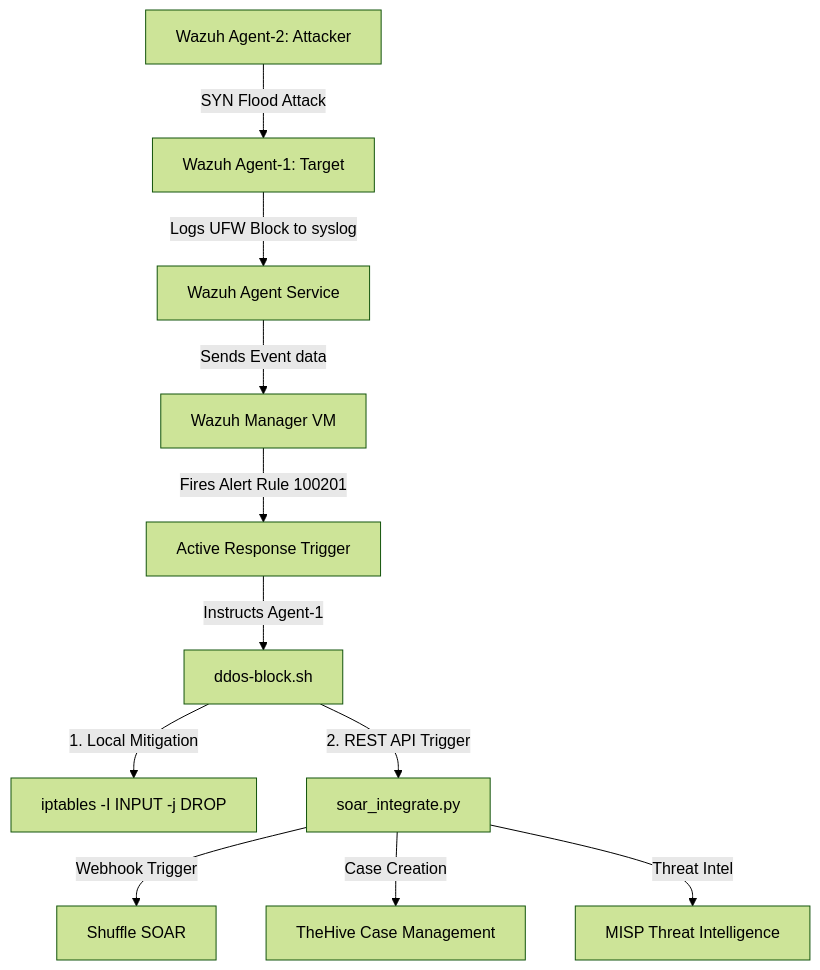
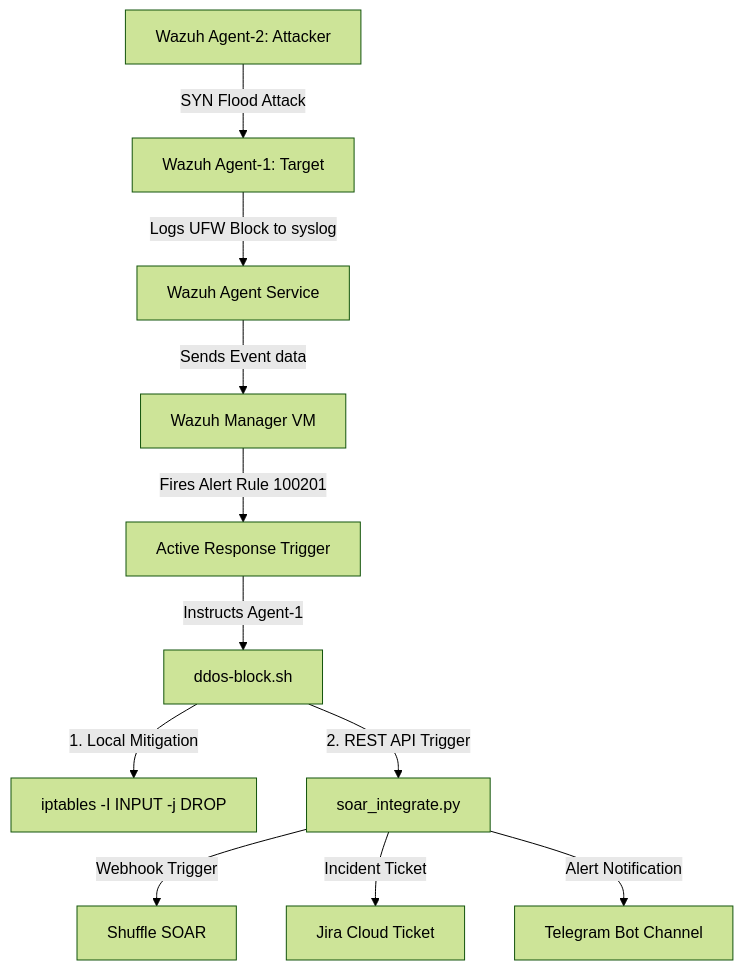
One commit to aryarefman/soc-soar changed the diagram in README.md. Above: the diagram before and after it, drawn with Mermaid (forest theme). The commit also changed other lines of this file and 4 other files, not shown here.

Commit message:
Update SOAR integration to Shuffle, Jira, and Telegram, and add firewall-drop.sh active response

````diff
--- a/README.md
+++ b/README.md
@@ -13,13 +13,13 @@
 ```mermaid
 graph TD
     Attacker[Wazuh Agent-2: Attacker] -- SYN Flood Attack --> Target[Wazuh Agent-1: Target]
     Target -- Logs UFW Block to syslog --> WazuhAgent[Wazuh Agent Service]
     WazuhAgent -- Sends Event data --> WazuhManager[Wazuh Manager VM]
     WazuhManager -- Fires Alert Rule 100201 --> ActiveResponse[Active Response Trigger]
     ActiveResponse -- Instructs Agent-1 --> BlockScript[ddos-block.sh]
     BlockScript -- 1. Local Mitigation --> LocalBlock[iptables -I INPUT -j DROP]
     BlockScript -- 2. REST API Trigger --> SOAR[soar_integrate.py]
     SOAR -- Webhook Trigger --> Shuffle[Shuffle SOAR]
-    SOAR -- Case Creation --> TheHive[TheHive Case Management]
-    SOAR -- Threat Intel --> MISP[MISP Threat Intelligence]
+    SOAR -- Incident Ticket --> Jira[Jira Cloud Ticket]
+    SOAR -- Alert Notification --> Telegram[Telegram Bot Channel]
 ```
````
